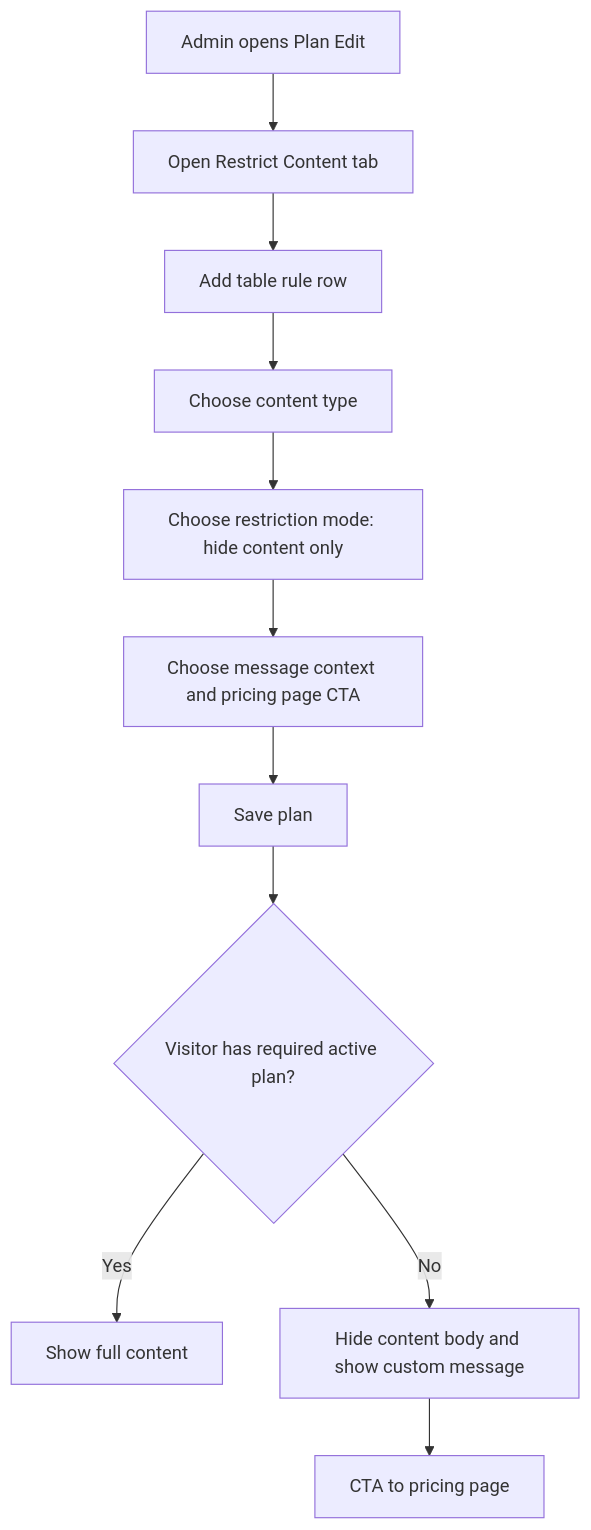
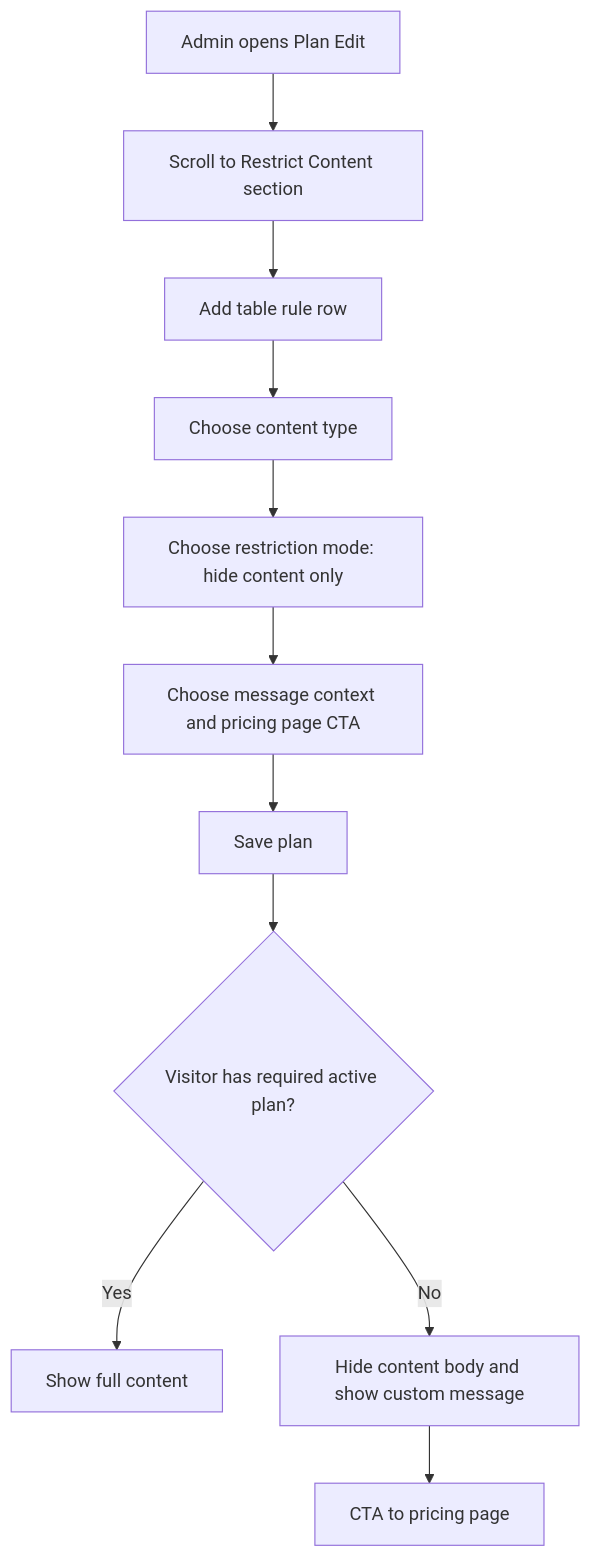
The second of 2 diagrams in projects/learnpress-membership/output/04-ux-and-wireframe.md (hungkieu190/ba-autospec), drawn with Mermaid before and after one commit. The commit also changed other lines of this file and 2585 other files, not shown here.

````diff
--- a/projects/learnpress-membership/output/04-ux-and-wireframe.md
+++ b/projects/learnpress-membership/output/04-ux-and-wireframe.md
@@ -54,13 +55,13 @@
 ```mermaid
 flowchart TD
-  A[Admin opens Plan Edit] --> B[Open Restrict Content tab]
+  A[Admin opens Plan Edit] --> B[Scroll to Restrict Content section]
   B --> C[Add table rule row]
   C --> D[Choose content type]
   D --> E[Choose restriction mode: hide content only]
   E --> F[Choose message context and pricing page CTA]
   F --> G[Save plan]
   G --> H{Visitor has required active plan?}
   H -->|Yes| I[Show full content]
   H -->|No| J[Hide content body and show custom message]
   J --> K[CTA to pricing page]
 ```
````
